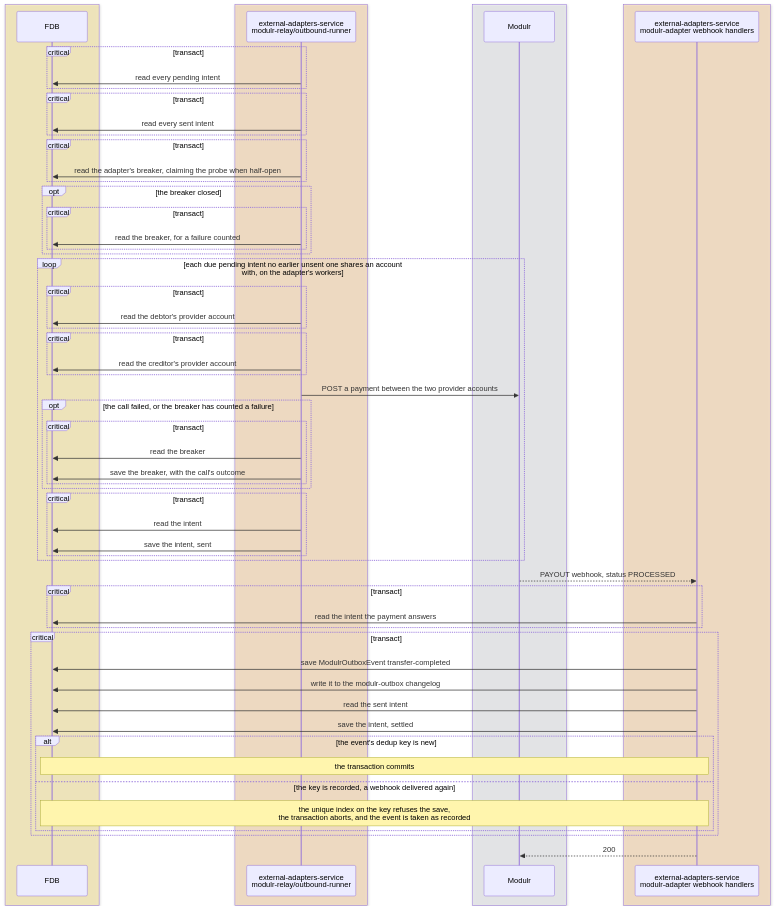
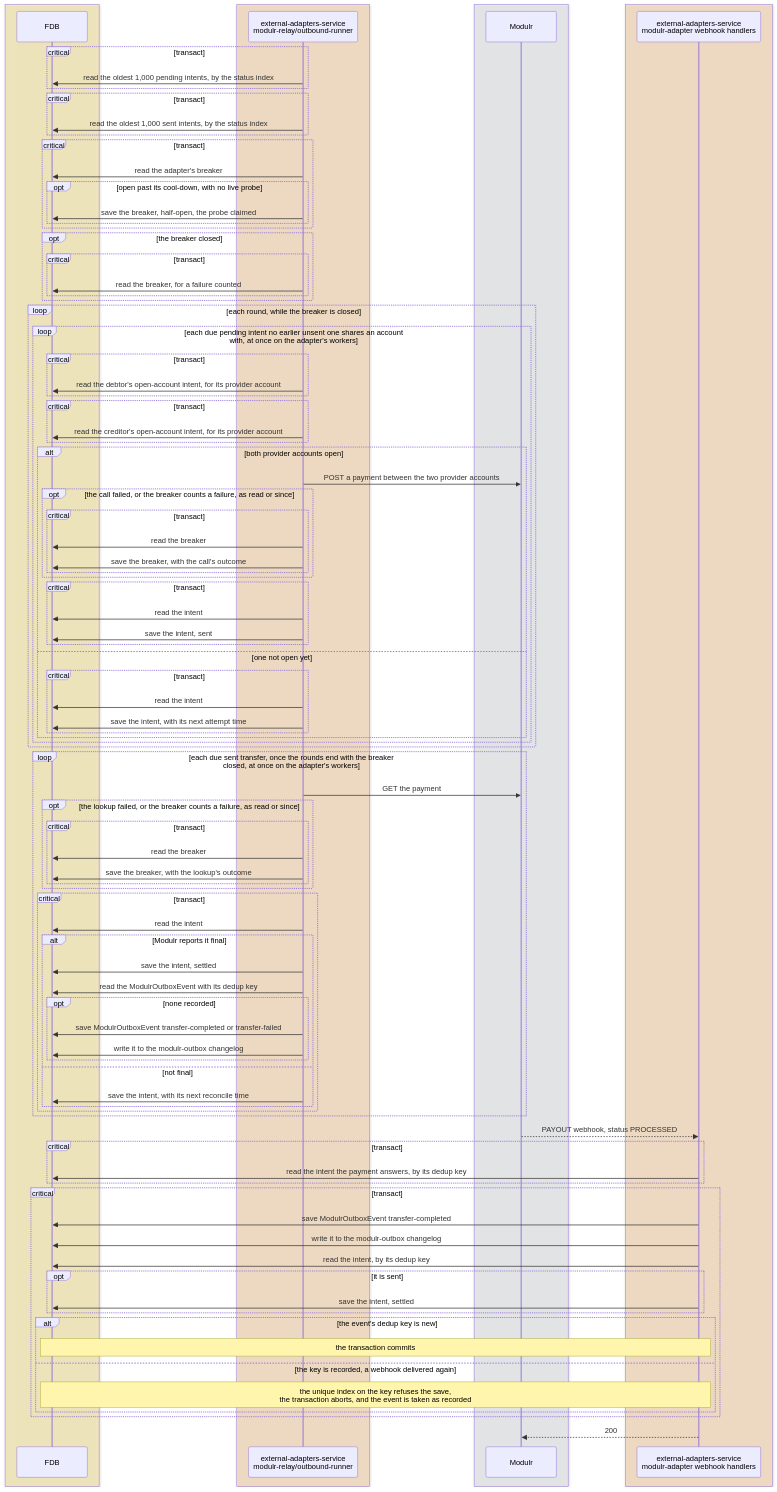
One commit to repldriven/queenswood changed the seventh of 8 diagrams in docs/tdd/payments-internal.md. Above: the diagram before and after it, drawn with Mermaid. The commit also changed other lines of this file and 29 other files, not shown here.

```diff
--- a/docs/tdd/payments-internal.md
+++ b/docs/tdd/payments-internal.md
@@ -365,28 +399,33 @@
     participant WH as external-adapters-service<br/>modulr-adapter webhook handlers
     end
     critical transact
-    IP->>DB: read every pending intent
+    IP->>DB: read the oldest 1,000 pending intents, by the status index
     end
     critical transact
-    IP->>DB: read every sent intent
+    IP->>DB: read the oldest 1,000 sent intents, by the status index
     end
     critical transact
-    IP->>DB: read the adapter's breaker, claiming the probe when half-open
+    IP->>DB: read the adapter's breaker
+    opt open past its cool-down, with no live probe
+    IP->>DB: save the breaker, half-open, the probe claimed
+    end
     end
     opt the breaker closed
     critical transact
     IP->>DB: read the breaker, for a failure counted
     end
     end
-    loop each due pending intent no earlier unsent one shares an account with, on the adapter's workers
+    loop each round, while the breaker is closed
+    loop each due pending intent no earlier unsent one shares an account with, at once on the adapter's workers
     critical transact
-    IP->>DB: read the debtor's provider account
+    IP->>DB: read the debtor's open-account intent, for its provider account
     end
     critical transact
-    IP->>DB: read the creditor's provider account
+    IP->>DB: read the creditor's open-account intent, for its provider account
     end
+    alt both provider accounts open
     IP->>PR: POST a payment between the two provider accounts
-    opt the call failed, or the breaker has counted a failure
+    opt the call failed, or the breaker counts a failure, as read or since
     critical transact
     IP->>DB: read the breaker
     IP->>DB: save the breaker, with the call's outcome
@@ -396,16 +435,47 @@
     IP->>DB: read the intent
     IP->>DB: save the intent, sent
     end
+    else one not open yet
+    critical transact
+    IP->>DB: read the intent
+    IP->>DB: save the intent, with its next attempt time
+    end
+    end
+    end
+    end
+    loop each due sent transfer, once the rounds end with the breaker closed, at once on the adapter's workers
+    IP->>PR: GET the payment
+    opt the lookup failed, or the breaker counts a failure, as read or since
+    critical transact
+    IP->>DB: read the breaker
+    IP->>DB: save the breaker, with the lookup's outcome
+    end
+    end
+    critical transact
+    IP->>DB: read the intent
+    alt Modulr reports it final
+    IP->>DB: save the intent, settled
+    IP->>DB: read the ModulrOutboxEvent with its dedup key
+    opt none recorded
+    IP->>DB: save ModulrOutboxEvent transfer-completed or transfer-failed
+    IP->>DB: write it to the modulr-outbox changelog
+    end
+    else not final
+    IP->>DB: save the intent, with its next reconcile time
+    end
+    end
     end
     PR-->>WH: PAYOUT webhook, status PROCESSED
     critical transact
-    WH->>DB: read the intent the payment answers
+    WH->>DB: read the intent the payment answers, by its dedup key
     end
     critical transact
     WH->>DB: save ModulrOutboxEvent transfer-completed
     WH->>DB: write it to the modulr-outbox changelog
-    WH->>DB: read the sent intent
+    WH->>DB: read the intent, by its dedup key
+    opt it is sent
     WH->>DB: save the intent, settled
+    end
     alt the event's dedup key is new
     Note over WH,DB: the transaction commits
     else the key is recorded, a webhook delivered again
```
